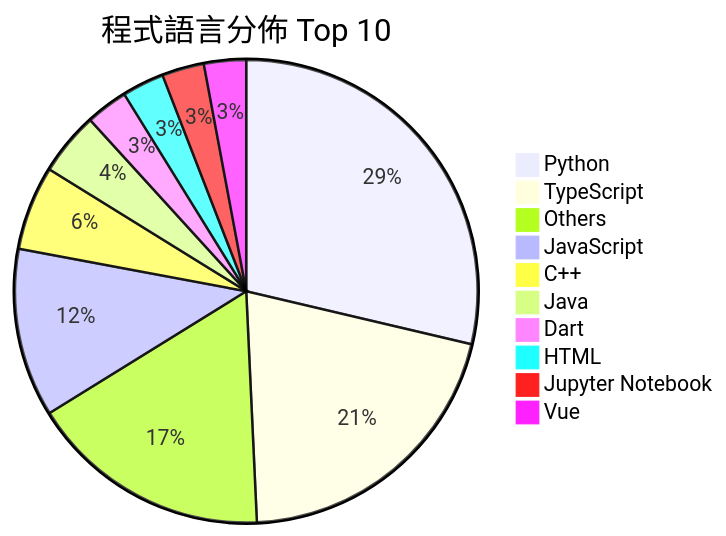
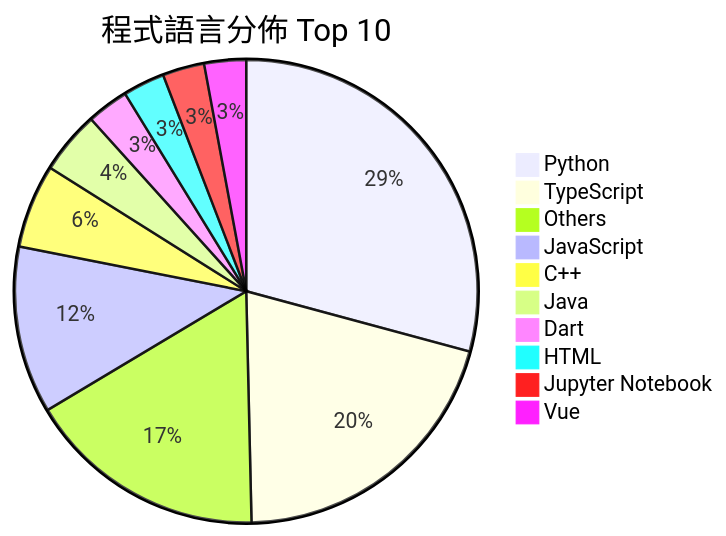
The second of 2 diagrams in README.md (Andy87877/GitHub-Star-Manager), drawn with Mermaid before and after one commit. The commit also changed other lines of this file and 3 other files, not shown here.

````diff
--- a/README.md
+++ b/README.md
@@ -27,13 +27,13 @@
 ```mermaid
 pie title 程式語言分佈 Top 10
-    "Python" : 39
+    "Python" : 40
     "TypeScript" : 28
     "Others" : 23
     "JavaScript" : 16
     "C++" : 8
     "Java" : 6
     "Dart" : 4
     "HTML" : 4
     "Jupyter Notebook" : 4
     "Vue" : 4
 ```
````
